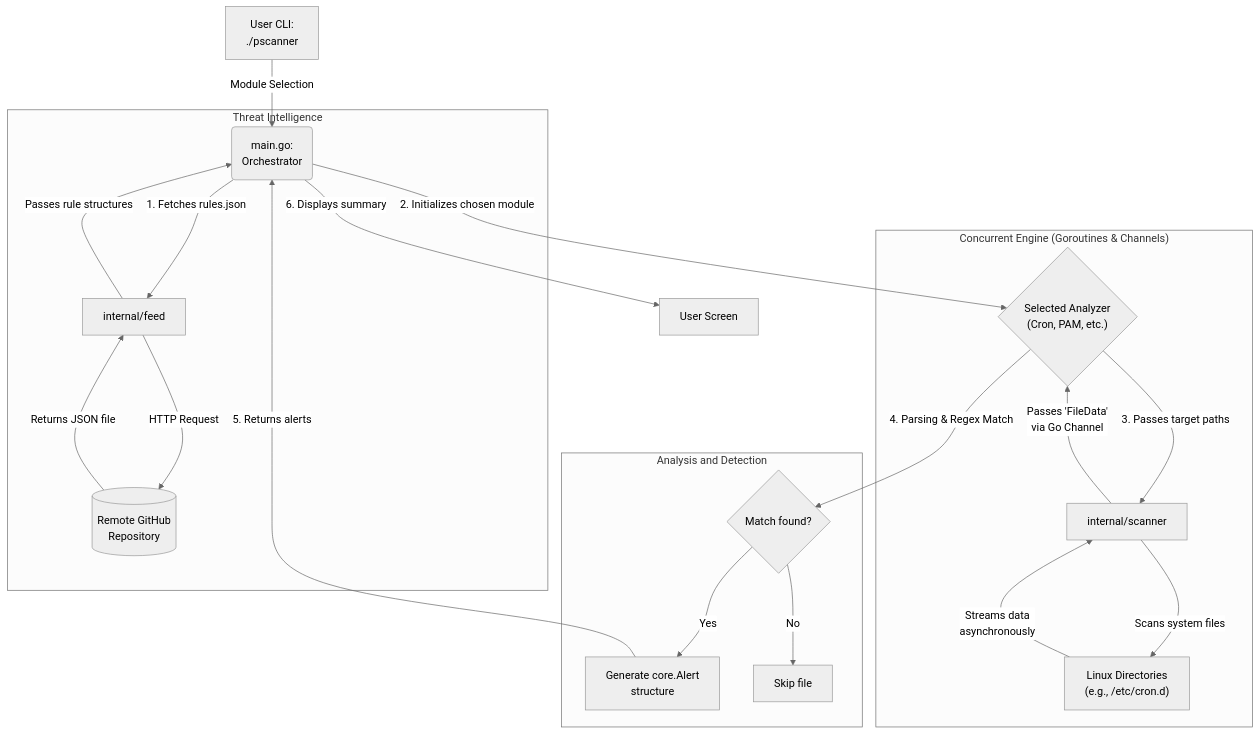
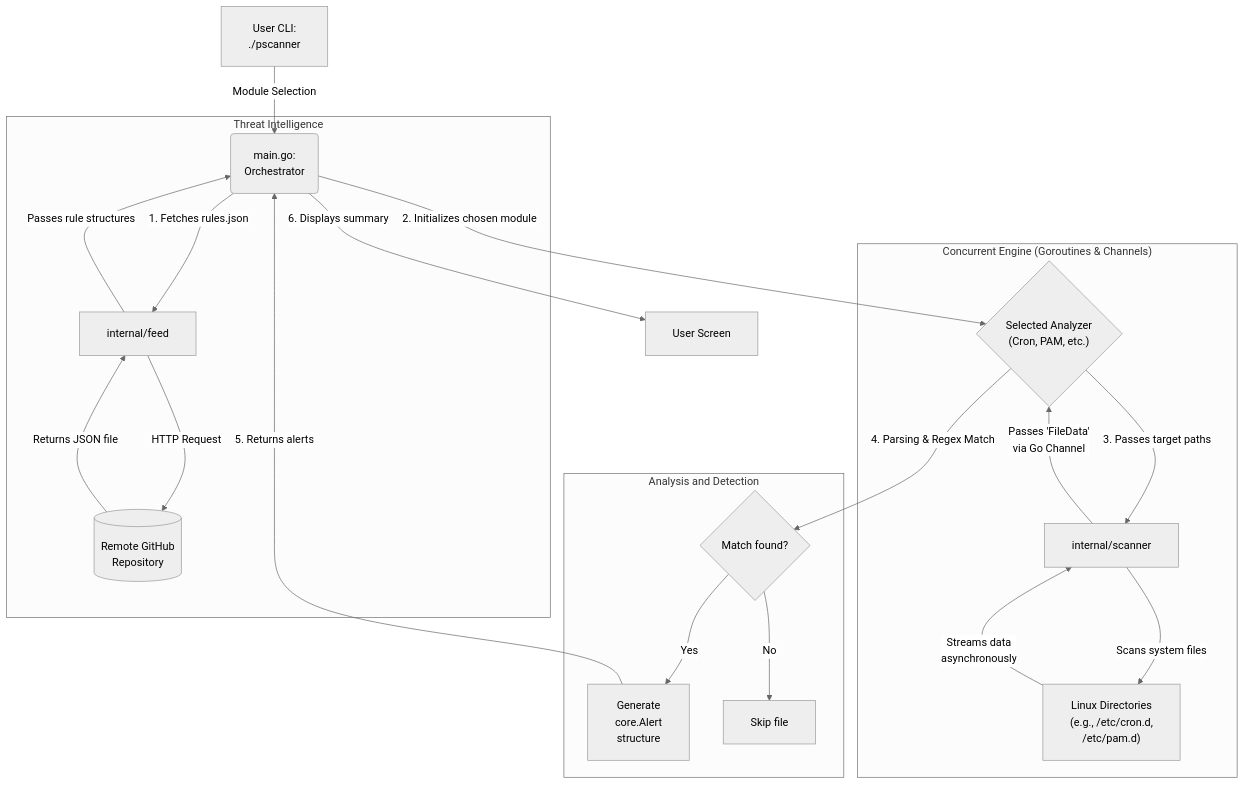
One commit to JakubMalisz/PersistenceScanner changed the diagram in README.md. Above: the diagram before and after it, drawn with Mermaid (neutral theme).

````diff
--- a/README.md
+++ b/README.md
@@ -26,29 +26,30 @@
 ```mermaid
+%%{init: {'flowchart': {'padding': 20}}}%%
 graph TD
-    A["User CLI:<br/>./pscanner "] -->|Module Selection| B("main.go:<br/>Orchestrator ")
+    A["User CLI:<br/>./pscanner"] -->|Module Selection| B("main.go:<br/>Orchestrator")
 
     subgraph "Threat Intelligence"
     B -->|1. Fetches rules.json| C["internal/feed"]
-    C -->|HTTP Request| D[("Remote GitHub<br/>Repository ")]
+    C -->|HTTP Request| D[("Remote GitHub<br/>Repository")]
     D -->|Returns JSON file| C
     C -->|Passes rule structures| B
     end
 
-    B -->|2. Initializes chosen module| E{"Selected Analyzer<br/>(Cron, PAM, etc.) "}
+    B -->|2. Initializes chosen module| E{"Selected Analyzer<br/>(Cron, PAM, etc.)"}
 
     subgraph "Concurrent Engine (Goroutines & Channels)"
     E -->|3. Passes target paths| F["internal/scanner"]
-    F -->|Scans system files| G["Linux Directories<br/>(e.g., /etc/cron.d) "]
-    G -->|Streams data<br/>asynchronously | F
-    F -->|Passes 'FileData'<br/>via Go Channel | E
+    F -->|Scans system files| G["Linux Directories<br/>(e.g., /etc/cron.d,<br/>/etc/pam.d)"]
+    G -->|Streams data<br/>asynchronously| F
+    F -->|Passes 'FileData'<br/>via Go Channel| E
     end
 
     subgraph "Analysis and Detection"
     E -->|4. Parsing & Regex Match| H{"Match found?"}
-    H -->|Yes| I["Generate core.Alert<br/>structure "]
+    H -->|Yes| I["Generate<br/>core.Alert<br/>structure"]
     H -->|No| J["Skip file"]
     end
 
     I -->|5. Returns alerts| B
     B -->|6. Displays summary| K["User Screen"]
 ```
````
